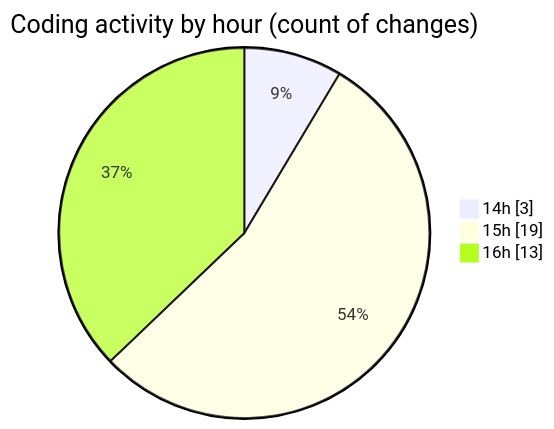
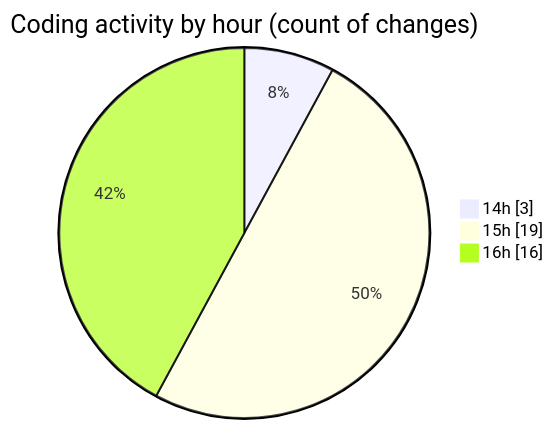
Before and after one commit to debugP/code-tracking: the second of 2 diagrams in 2025-10-02/untitled__workspace_/README.md, drawn with Mermaid. The commit also changed other lines of this file and 1 other file, not shown here.

````diff
--- a/2025-10-02/untitled__workspace_/README.md
+++ b/2025-10-02/untitled__workspace_/README.md
@@ -29,7 +29,7 @@
 ```mermaid
 pie showData
 title Coding activity by hour (count of changes)
 "14h" : 3
 "15h" : 19
-"16h" : 13
+"16h" : 16
 ```
````
